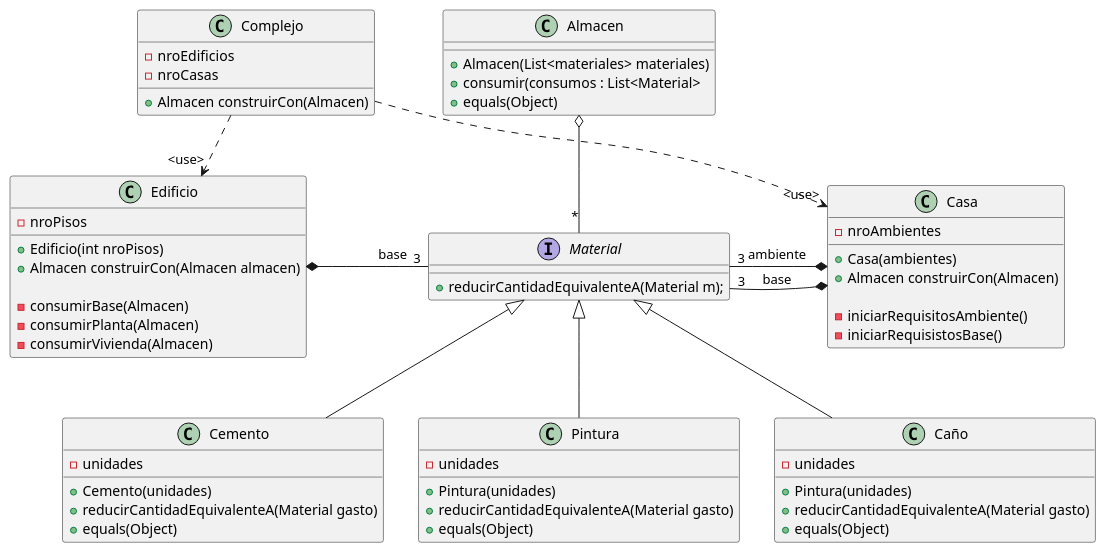
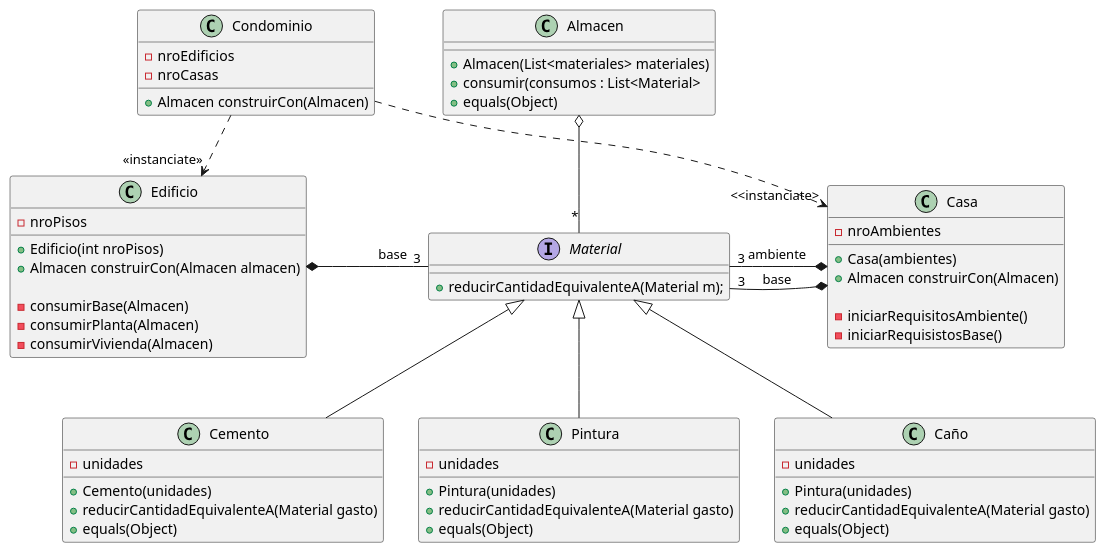
The diagram in diagrams/exercise_01/dc.plantuml (fiuba/algo3_constructura), drawn with PlantUML before and after one commit. The commit also changed 4 other files, not shown here.

```diff
--- a/diagrams/exercise_01/dc.plantuml
+++ b/diagrams/exercise_01/dc.plantuml
@@ -1,81 +1,81 @@
 @startuml
 
-class Complejo {
+class Condominio {
     - nroEdificios
     - nroCasas
 
     + Almacen construirCon(Almacen)
 }
 
 class Almacen {
 
     + Almacen(List<materiales> materiales)
     + consumir(consumos : List<Material>
     + equals(Object)
 }
 
 class Casa {
     - nroAmbientes
 
     + Casa(ambientes)
     + Almacen construirCon(Almacen)
 
     - iniciarRequisitosAmbiente()
     - iniciarRequisistosBase()
 }
 
 
 class Edificio {
     - nroPisos
 
     + Edificio(int nroPisos)
     + Almacen construirCon(Almacen almacen)
 
     - consumirBase(Almacen)
     - consumirPlanta(Almacen)
     - consumirVivienda(Almacen)
 }
 
 interface Material {
 
     + reducirCantidadEquivalenteA(Material m);
 }
 
 class Cemento {
     - unidades
 
     + Cemento(unidades)
     + reducirCantidadEquivalenteA(Material gasto)
     + equals(Object)
 }
 
 class Pintura {
     - unidades
 
     + Pintura(unidades)
     + reducirCantidadEquivalenteA(Material gasto)
     + equals(Object)
 }
 
 class Caño {
     - unidades
 
     + Pintura(unidades)
     + reducirCantidadEquivalenteA(Material gasto)
     + equals(Object)
 }
 
 Almacen o-- "*" Material
 Material "3" -* Casa: "base "
 Material "3" -* Casa: "ambiente "
 
 Edificio *- "3" Material: "\t\tbase "
 
 Material <|-- Pintura
 Material <|-- Caño
 Material <|-- Cemento
 
-Complejo ..> "<use>" Casa
-Complejo ..> "<use>" Edificio
+Condominio ..> "<<instanciate>" Casa
+Condominio ..> "<<instanciate>>" Edificio
 
 @enduml
```
